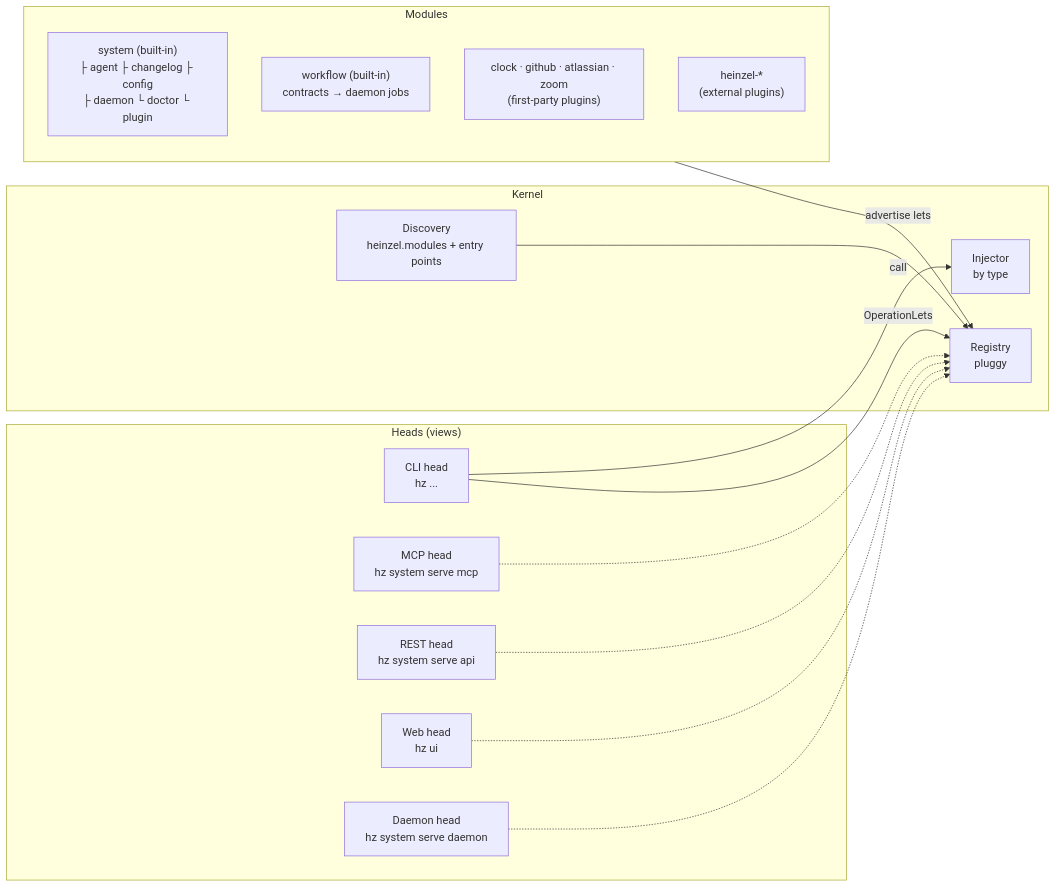
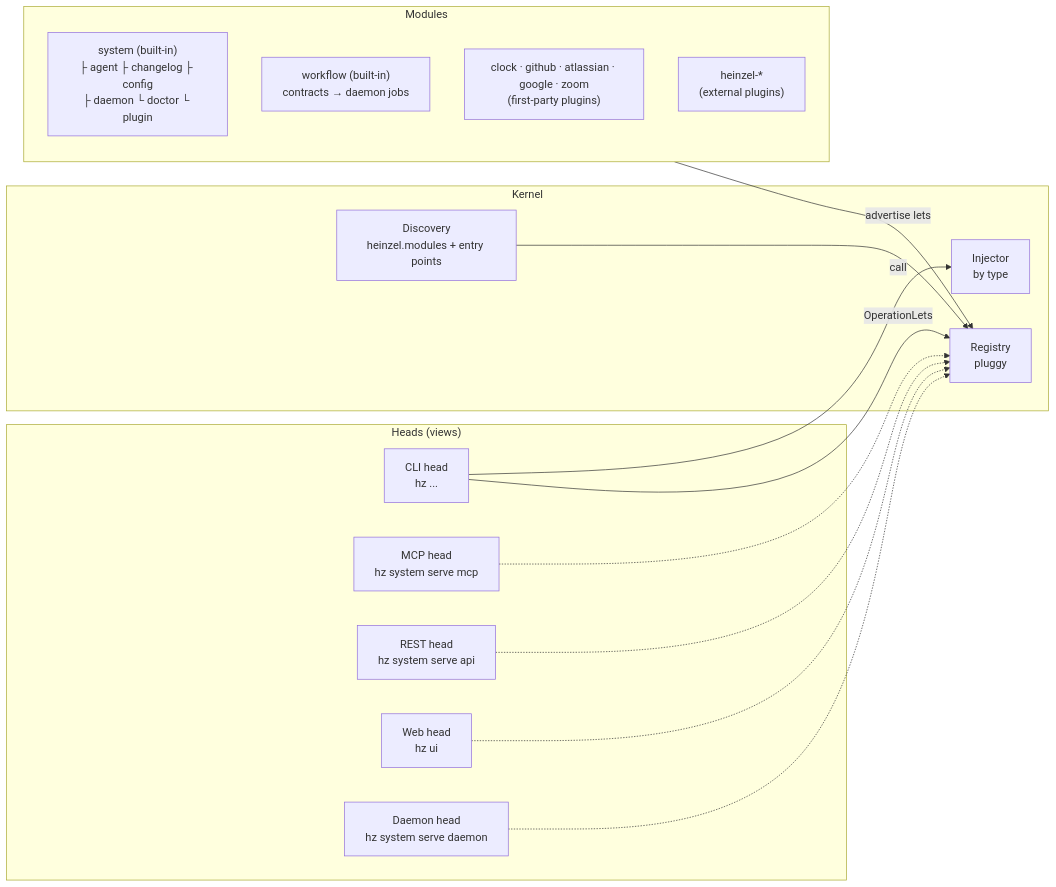
The diagram in docs/ARCHITECTURE.md (helmut-hoffer-von-ankershoffen/heinzel), drawn with Mermaid before and after one commit. The commit also changed other lines of this file and 45 other files, not shown here.

````diff
--- a/docs/ARCHITECTURE.md
+++ b/docs/ARCHITECTURE.md
@@ -5,29 +5,29 @@
 ```mermaid
 flowchart LR
     subgraph Heads["Heads (views)"]
         CLI["CLI head<br/>hz ..."]
         MCP["MCP head<br/>hz system serve mcp"]
         REST["REST head<br/>hz system serve api"]
         Web["Web head<br/>hz ui"]
         Daemon["Daemon head<br/>hz system serve daemon"]
     end
     subgraph Kernel
         Discovery["Discovery<br/>heinzel.modules + entry points"]
         Registry["Registry<br/>pluggy"]
         Injector["Injector<br/>by type"]
     end
     subgraph Modules
         System["system (built-in)<br/>├ agent ├ changelog ├ config<br/>├ daemon └ doctor └ plugin"]
         Workflow["workflow (built-in)<br/>contracts → daemon jobs"]
-        Clock["clock · github · atlassian · zoom<br/>(first-party plugins)"]
+        Clock["clock · github · atlassian · google · zoom<br/>(first-party plugins)"]
         Ext["heinzel-*<br/>(external plugins)"]
     end
     Discovery --> Registry
     Modules -- "advertise lets" --> Registry
     CLI -- "OperationLets" --> Registry
     MCP -.-> Registry
     REST -.-> Registry
     Web -.-> Registry
     Daemon -.-> Registry
     CLI -- "call" --> Injector
 ```
````
